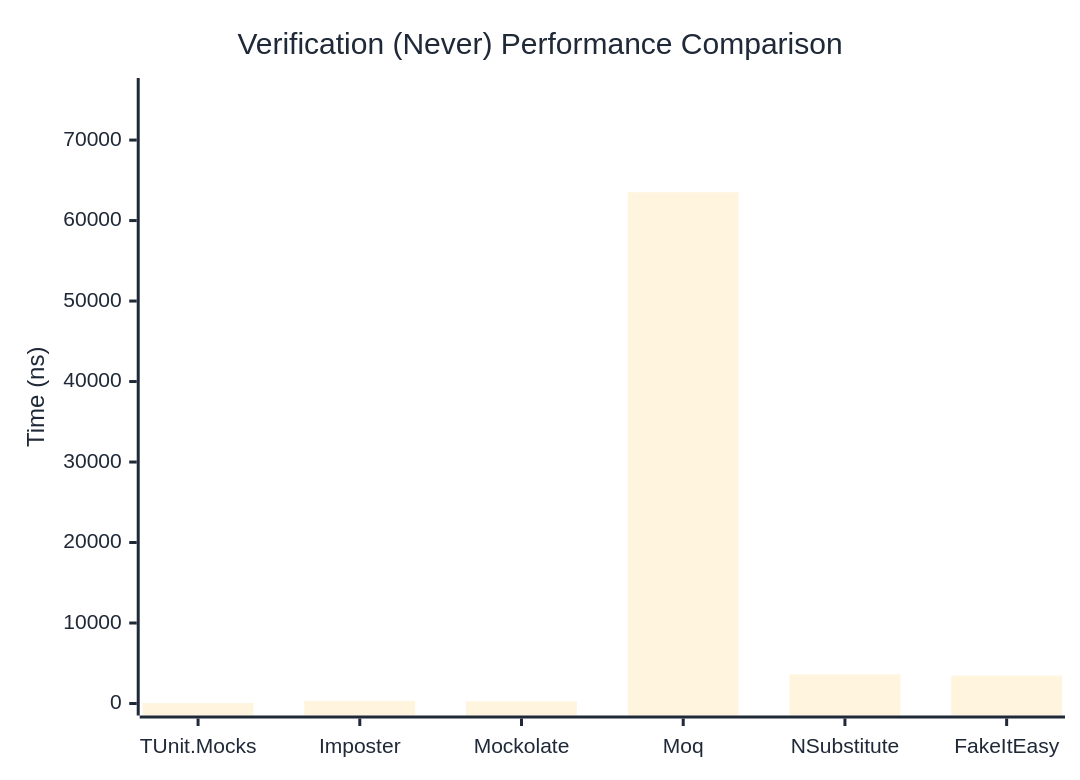
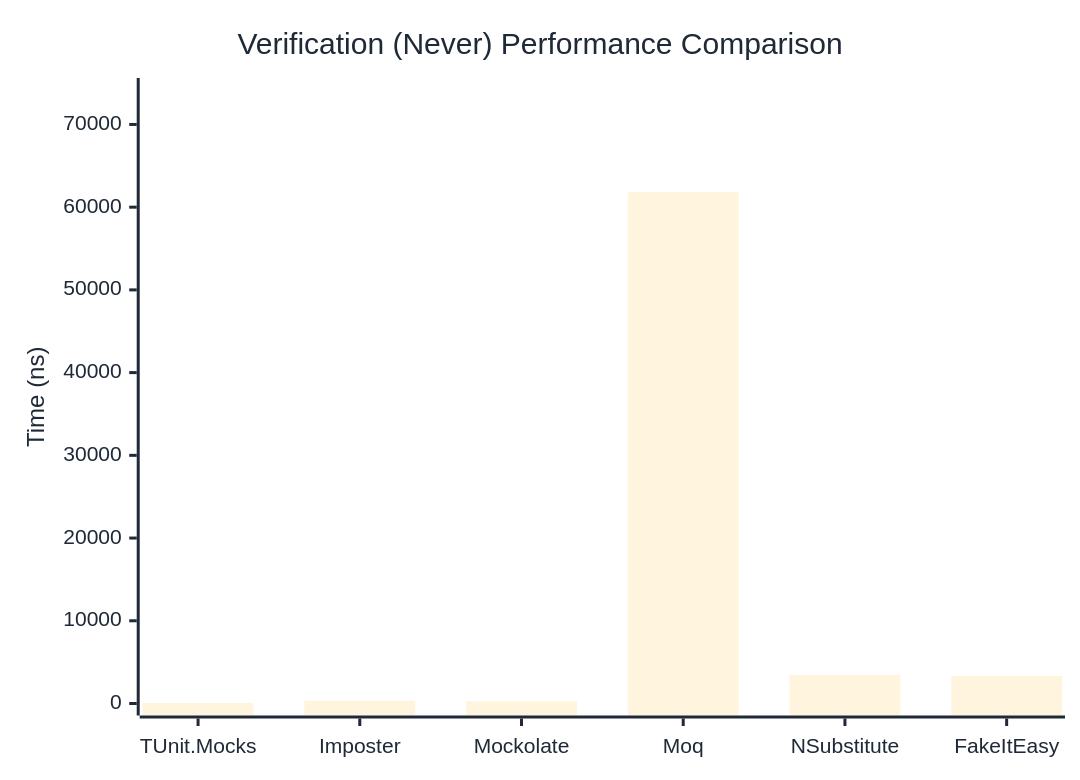
Before and after one commit to thomhurst/TUnit: the second of 3 diagrams in docs/docs/benchmarks/mocks/Verification.md, drawn with Mermaid. The commit also changed other lines of this file and 14 other files, not shown here.

````diff
--- a/docs/docs/benchmarks/mocks/Verification.md
+++ b/docs/docs/benchmarks/mocks/Verification.md
@@ -71,27 +71,27 @@
 ```mermaid
 %%{init: {
   'theme':'base',
   'themeVariables': {
     'primaryColor': '#2563eb',
     'primaryTextColor': '#1f2937',
     'primaryBorderColor': '#1e40af',
     'lineColor': '#6b7280',
     'secondaryColor': '#7c3aed',
     'tertiaryColor': '#dc2626',
     'background': '#ffffff',
     'pie1': '#2563eb',
     'pie2': '#7c3aed',
     'pie3': '#dc2626',
     'pie4': '#f59e0b',
     'pie5': '#10b981',
     'pie6': '#06b6d4',
     'pie7': '#ec4899',
     'pie8': '#6366f1'
   }
 }}%%
 xychart-beta
   title "Verification (Never) Performance Comparison"
   x-axis ["TUnit.Mocks", "Imposter", "Mockolate", "Moq", "NSubstitute", "FakeItEasy"]
-  y-axis "Time (ns)" 0 --> 76220
-  bar [52.12, 332.99, 255.87, 63516.56, 3619.76, 3462.95]
+  y-axis "Time (ns)" 0 --> 74165
+  bar [51.84, 324.4, 257.7, 61803.98, 3459.46, 3324.32]
 ```
````
